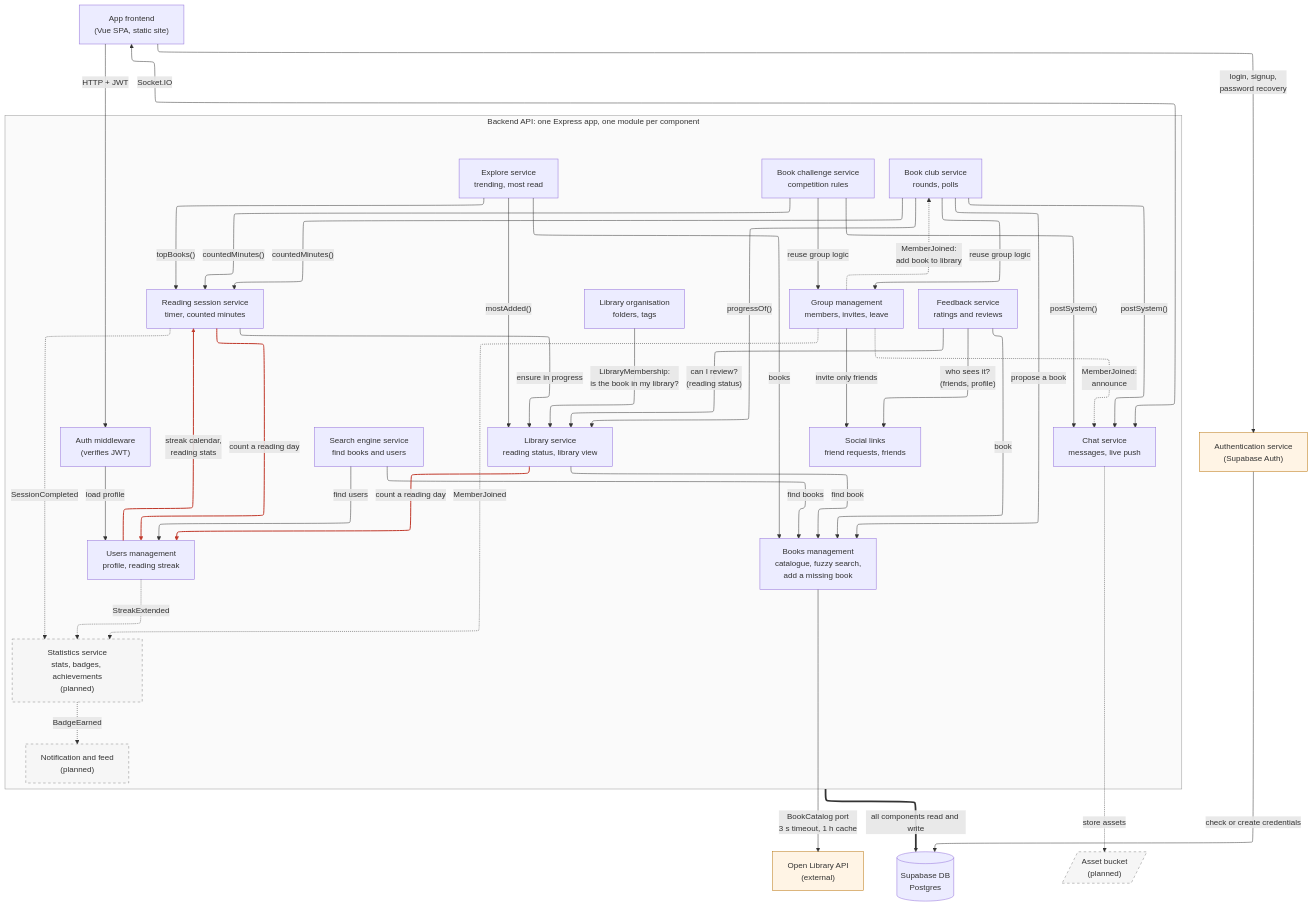
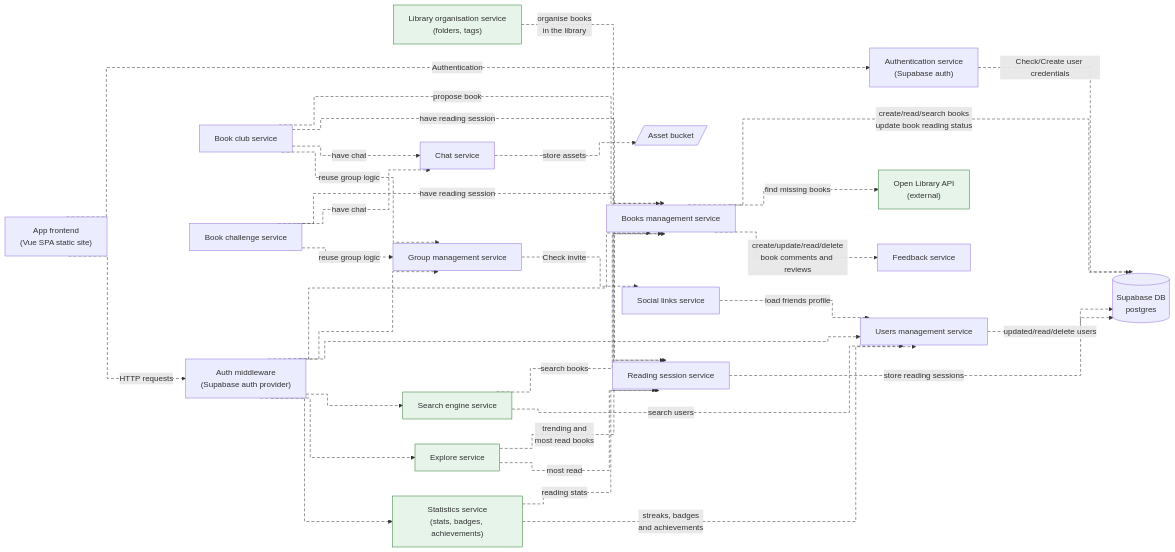
Before and after one commit to MESW-LES-2627/les-project-group-6: the third of 3 diagrams in docs/design.md, drawn with Mermaid. The commit also changed other lines of this file and 3 other files, not shown here.

First line of the commit message:
docs: redraw iteration 2 component diagram in the iteration 1 style

````diff
--- a/docs/design.md
+++ b/docs/design.md
@@ -450,82 +450,70 @@
 ```mermaid
 ---
 config:
-  layout: elk
+  flowchart:
+    curve: step
 ---
-flowchart TB
-    FE["App frontend<br/>(Vue SPA, static site)"]
-    SA["Authentication service<br/>(Supabase Auth)"]
+flowchart LR
+    FE["App frontend<br/>(Vue SPA static site)"]
+    AUTH["Authentication service<br/>(Supabase auth)"]
+    MW["Auth middleware<br/>(Supabase auth provider)"]
+    DB[("Supabase DB<br/>postgres")]
+    BUCKET[/"Asset bucket"/]
     OL["Open Library API<br/>(external)"]
-    DB[("Supabase DB<br/>Postgres")]
-    BK[/"Asset bucket<br/>(planned)"/]
 
-    subgraph BE["Backend API: one Express app, one module per component"]
-        direction TB
-        AM["Auth middleware<br/>(verifies JWT)"]
-        UM["Users management<br/>profile, reading streak"]
-        SE["Search engine service<br/>find books and users"]
-        SL["Social links<br/>friend requests, friends"]
-        BM["Books management<br/>catalogue, fuzzy search,<br/>add a missing book"]
-        LS["Library service<br/>reading status, library view"]
-        LO["Library organisation<br/>folders, tags"]
-        FS["Feedback service<br/>ratings and reviews"]
-        EX["Explore service<br/>trending, most read"]
-        RS["Reading session service<br/>timer, counted minutes"]
-        GM["Group management<br/>members, invites, leave"]
-        BC["Book club service<br/>rounds, polls"]
-        CH["Book challenge service<br/>competition rules"]
-        CS["Chat service<br/>messages, live push"]
-        ST["Statistics service<br/>stats, badges, achievements<br/>(planned)"]
-        NF["Notification and feed<br/>(planned)"]
-    end
+    BM["Books management service"]
+    FB["Feedback service"]
+    LO["Library organisation service<br/>(folders, tags)"]
+    SE["Search engine service"]
+    EX["Explore service"]
+    ST["Statistics service<br/>(stats, badges, achievements)"]
+    GM["Group management service"]
+    CH["Chat service"]
+    SL["Social links service"]
+    UM["Users management service"]
+    RS["Reading session service"]
+    BC["Book club service"]
+    BCH["Book challenge service"]
 
-    FE -->|"login, signup,<br/>password recovery"| SA
-    FE -->|"HTTP + JWT"| AM
-    FE <-->|"Socket.IO"| CS
-    AM -->|"load profile"| UM
-    SE -->|"find books"| BM
-    SE -->|"find users"| UM
+    FE -. "Authentication" .-> AUTH
+    FE -. "HTTP requests" .-> MW
+    AUTH -. "Check/Create user credentials" .-> DB
 
-    BM -->|"BookCatalog port<br/>3 s timeout, 1 h cache"| OL
-    LS -->|"find book"| BM
-    LO -->|"LibraryMembership:<br/>is the book in my library?"| LS
-    FS -->|"can I review?<br/>(reading status)"| LS
-    FS -->|"who sees it?<br/>(friends, profile)"| SL
-    FS -->|"book"| BM
-    EX -->|"topBooks()"| RS
-    EX -->|"mostAdded()"| LS
-    EX -->|"books"| BM
+    MW -.-> BM
+    MW -.-> GM
+    MW -.-> UM
+    MW -.-> SE
+    MW -.-> EX
+    MW -.-> ST
 
-    RS -->|"count a reading day"| UM
-    LS -->|"count a reading day"| UM
-    RS -->|"ensure in progress"| LS
-    UM -->|"streak calendar,<br/>reading stats"| RS
+    BM -. "create/read/search books<br/>update book reading status" .-> DB
+    BM -. "find missing books" .-> OL
+    BM -. "create/update/read/delete<br/>book comments and reviews" .-> FB
+    LO -. "organise books<br/>in the library" .-> BM
 
-    CH -->|"countedMinutes()"| RS
-    BC -->|"countedMinutes()"| RS
-    BC -->|"progressOf()"| LS
-    BC -->|"propose a book"| BM
-    CH -->|"reuse group logic"| GM
-    BC -->|"reuse group logic"| GM
-    CH -->|"postSystem()"| CS
-    BC -->|"postSystem()"| CS
-    GM -->|"invite only friends"| SL
-    GM -.->|"MemberJoined:<br/>announce"| CS
-    GM -.->|"MemberJoined:<br/>add book to library"| BC
+    SE -. "search books" .-> BM
+    SE -. "search users" .-> UM
+    EX -. "trending and<br/>most read books" .-> BM
+    EX -. "most read" .-> RS
 
-    RS -.->|"SessionCompleted"| ST
-    UM -.->|"StreakExtended"| ST
-    GM -.->|"MemberJoined"| ST
-    ST -.->|"BadgeEarned"| NF
-    CS -.->|"store assets"| BK
+    RS -. "store reading sessions" .-> DB
+    ST -. "reading stats" .-> RS
+    ST -. "streaks, badges<br/>and achievements" .-> UM
 
-    BE ==>|"all components read and write"| DB
-    SA -->|"check or create credentials"| DB
+    CH -. "store assets" .-> BUCKET
+    GM -. "Check invite" .-> SL
+    SL -. "load friends profile" .-> UM
+    UM -. "updated/read/delete users" .-> DB
 
-    classDef planned stroke-dasharray: 5 5,fill:#f6f6f6,stroke:#888
-    class ST,NF,BK planned
-    classDef ext fill:#fff4e5,stroke:#b9770e
-    class OL,SA ext
-    linkStyle 15,16,18 stroke:#c0392b,stroke-width:2px
-    style BE fill:#fafafa,stroke:#999
+    BC -. "propose book" .-> BM
+    BC -. "have reading session" .-> RS
+    BCH -. "have reading session" .-> RS
+    BC -. "have chat" .-> CH
+    BCH -. "have chat" .-> CH
+    BC -. "reuse group logic" .-> GM
+    BCH -. "reuse group logic" .-> GM
+
+    classDef new fill:#e6f4ea,stroke:#2e7d32
+    class LO,SE,EX,ST,OL new
+    linkStyle default stroke-dasharray:6 4
 ```
````
